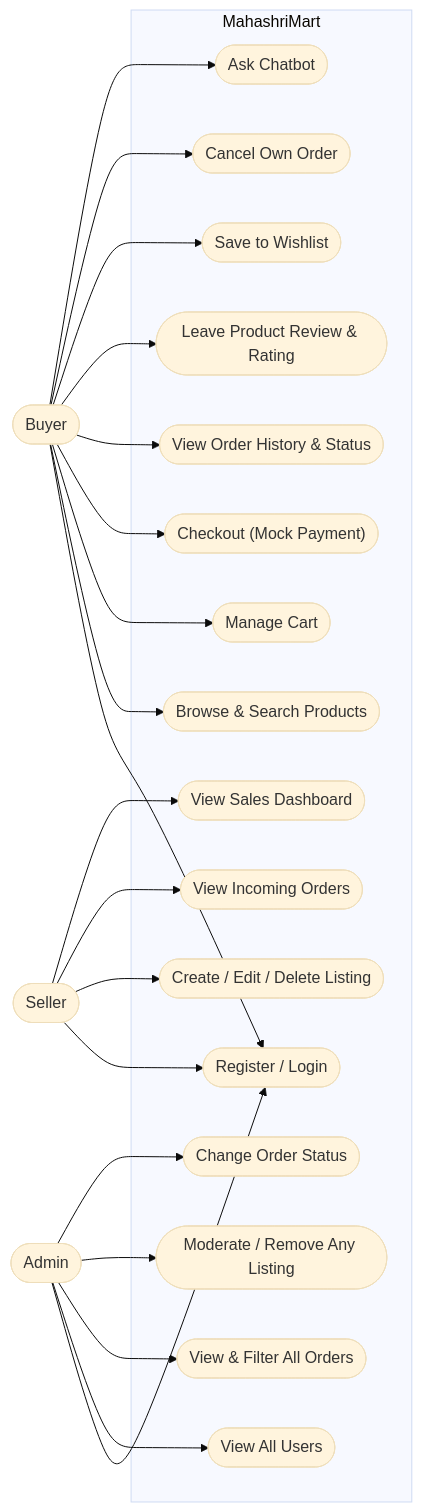
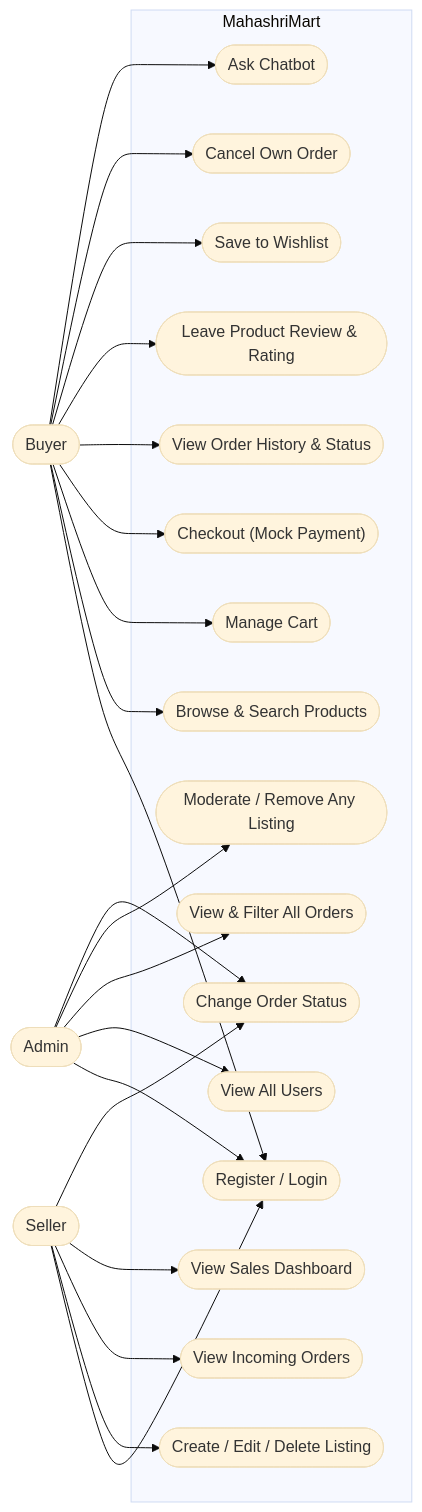
Before and after one commit to MahashriTA-sudo/Mahashri-mart: the diagram in docs/D2-UseCase-diagram.mermaid, drawn with Mermaid (base theme).

Commit message:
docs: add seller order status use case to D2

```diff
--- a/docs/D2-UseCase-diagram.mermaid
+++ b/docs/D2-UseCase-diagram.mermaid
@@ -1,44 +1,45 @@
 flowchart LR
     Buyer(["Buyer"])
     Seller(["Seller"])
     Admin(["Admin"])
 
     subgraph System["MahashriMart"]
         UC1(["Register / Login"])
         UC2(["Browse & Search Products"])
         UC3(["Manage Cart"])
         UC4(["Checkout (Mock Payment)"])
         UC5(["View Order History & Status"])
         UC6(["Leave Product Review & Rating"])
         UC7(["Create / Edit / Delete Listing"])
         UC8(["View Incoming Orders"])
         UC9(["View All Users"])
         UC10(["View & Filter All Orders"])
         UC11(["Moderate / Remove Any Listing"])
         UC12(["Save to Wishlist"])
         UC13(["Cancel Own Order"])
         UC14(["Ask Chatbot"])
         UC15(["View Sales Dashboard"])
         UC16(["Change Order Status"])
     end
 
     Buyer --> UC1
     Buyer --> UC2
     Buyer --> UC3
     Buyer --> UC4
     Buyer --> UC5
     Buyer --> UC6
     Buyer --> UC12
     Buyer --> UC13
     Buyer --> UC14
 
     Seller --> UC1
     Seller --> UC7
     Seller --> UC8
     Seller --> UC15
+    Seller --> UC16
 
     Admin --> UC1
     Admin --> UC9
     Admin --> UC10
     Admin --> UC11
     Admin --> UC16
```
